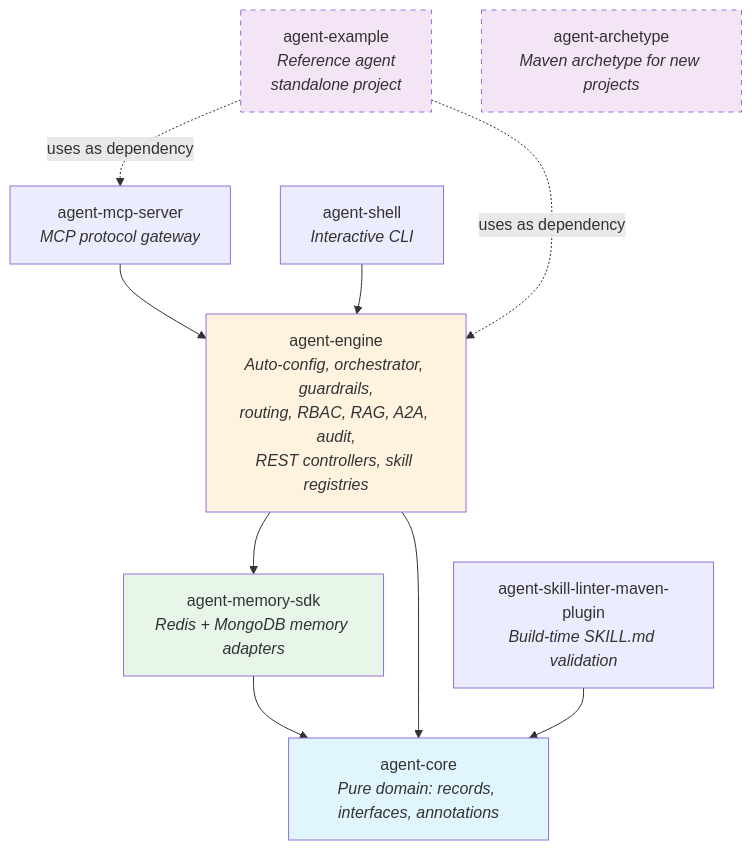
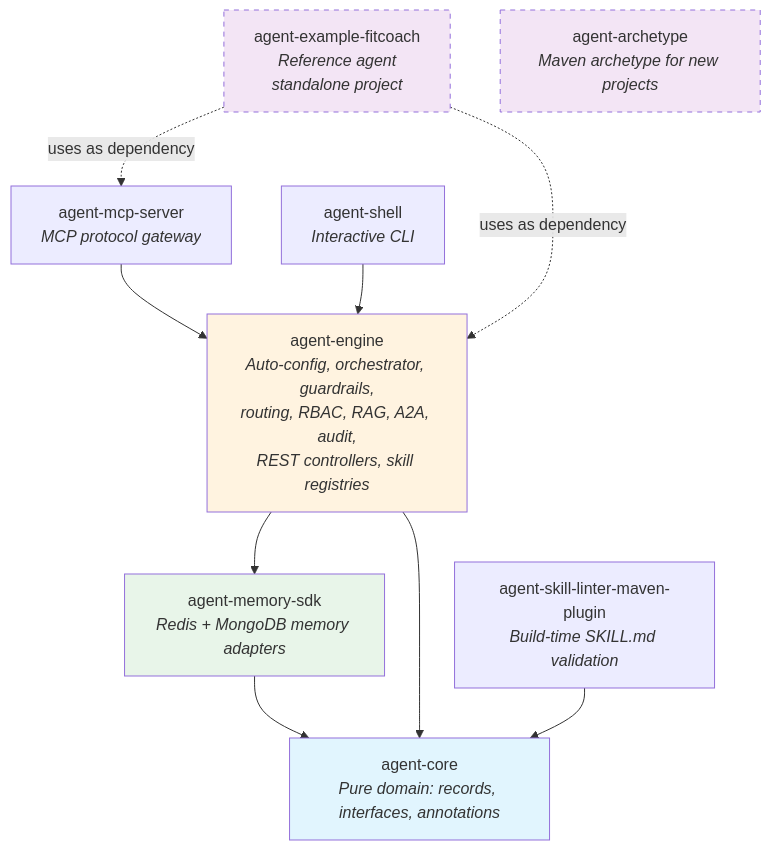
The eighth of 9 diagrams in docs/architecture-diagrams.md (GiskardB/gargantua), drawn with Mermaid before and after one commit. The commit also changed 30 other files, not shown here.

First line of the commit message:
refactor: rename agent-example → agent-example-fitcoach + add README

````diff
--- a/docs/architecture-diagrams.md
+++ b/docs/architecture-diagrams.md
@@ -312,34 +312,34 @@
 ```mermaid
 graph TD
     CORE[agent-core<br/><i>Pure domain: records, interfaces, annotations</i>]
 
     MEMORY[agent-memory-sdk<br/><i>Redis + MongoDB memory adapters</i>]
 
     ENGINE[agent-engine<br/><i>Auto-config, orchestrator, guardrails,<br/>routing, RBAC, RAG, A2A, audit,<br/>REST controllers, skill registries</i>]
 
     MCP[agent-mcp-server<br/><i>MCP protocol gateway</i>]
 
-    EXAMPLE[agent-example<br/><i>Reference agent<br/>standalone project</i>]
+    EXAMPLE[agent-example-fitcoach<br/><i>Reference agent<br/>standalone project</i>]
 
     SHELL[agent-shell<br/><i>Interactive CLI</i>]
 
     LINTER[agent-skill-linter-maven-plugin<br/><i>Build-time SKILL.md validation</i>]
 
     ARCHETYPE[agent-archetype<br/><i>Maven archetype for new projects</i>]
 
     MEMORY --> CORE
     ENGINE --> CORE
     ENGINE --> MEMORY
     MCP --> ENGINE
     SHELL --> ENGINE
     LINTER --> CORE
 
     EXAMPLE -.->|uses as dependency| ENGINE
     EXAMPLE -.->|uses as dependency| MCP
 
     style CORE fill:#e1f5fe
     style MEMORY fill:#e8f5e9
     style ENGINE fill:#fff3e0
     style EXAMPLE fill:#f3e5f5,stroke-dasharray: 5 5
     style ARCHETYPE fill:#f3e5f5,stroke-dasharray: 5 5
 ```
````
